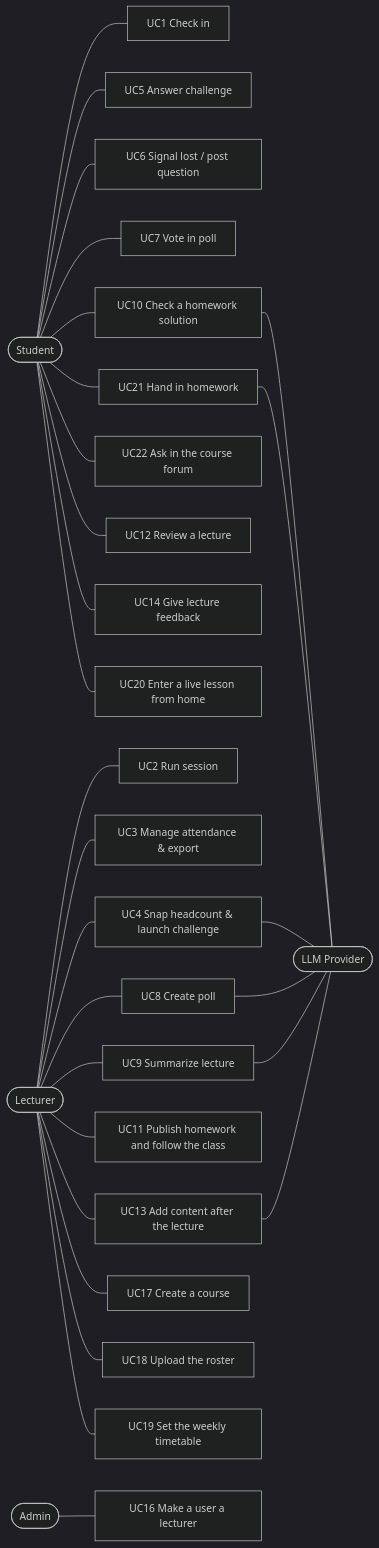
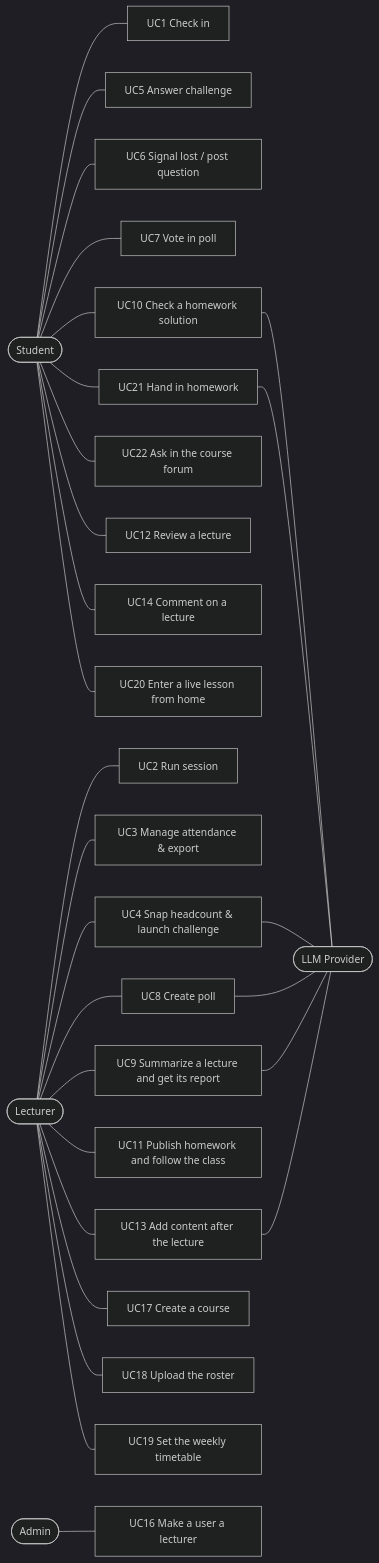
Before and after one commit to GiladApel/classpulse: the diagram in docs/04-use-cases.md, drawn with Mermaid (dark theme). The commit also changed other lines of this file, not shown here.

Commit message:
docs(usecases): UC9 with the lecturer report, UC4/UC5 after-class check, UC6 switch, UC8 timer, UC14 comments

````diff
--- a/docs/04-use-cases.md
+++ b/docs/04-use-cases.md
@@ -5,30 +5,30 @@
 ```mermaid
 flowchart LR
   S([Student]) --- UC1[UC1 Check in]
   S --- UC5[UC5 Answer challenge]
   S --- UC6[UC6 Signal lost / post question]
   S --- UC7[UC7 Vote in poll]
   S --- UC10[UC10 Check a homework solution]
   S --- UC21[UC21 Hand in homework]
   S --- UC22[UC22 Ask in the course forum]
   S --- UC12[UC12 Review a lecture]
-  S --- UC14[UC14 Give lecture feedback]
+  S --- UC14[UC14 Comment on a lecture]
   S --- UC20[UC20 Enter a live lesson from home]
   L([Lecturer]) --- UC2[UC2 Run session]
   L --- UC3[UC3 Manage attendance & export]
   L --- UC4[UC4 Snap headcount & launch challenge]
   L --- UC8[UC8 Create poll]
-  L --- UC9[UC9 Summarize lecture]
+  L --- UC9[UC9 Summarize a lecture and get its report]
   L --- UC11[UC11 Publish homework and follow the class]
   L --- UC13[UC13 Add content after the lecture]
   L --- UC17[UC17 Create a course]
   L --- UC18[UC18 Upload the roster]
   L --- UC19[UC19 Set the weekly timetable]
   A([Admin]) --- UC16[UC16 Make a user a lecturer]
   UC13 --- AI
   UC4 --- AI([LLM Provider])
   UC8 --- AI
   UC9 --- AI
   UC10 --- AI
   UC21 --- AI
 ```
````
